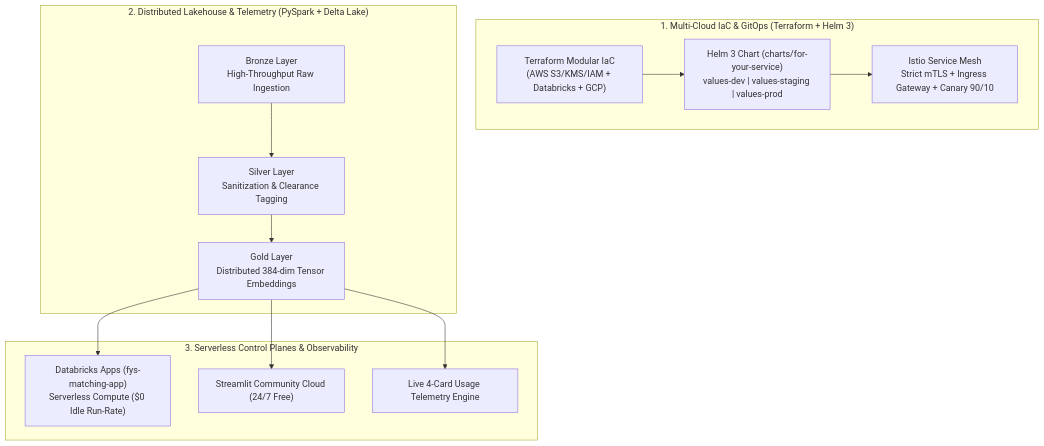
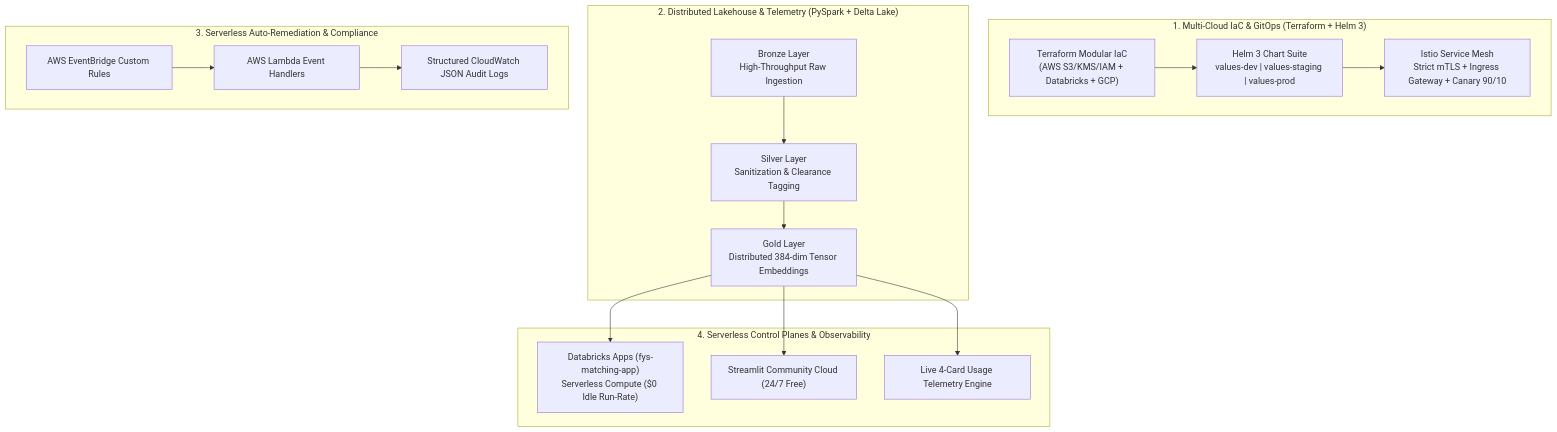
The diagram in README.md (FreeFades2Black/FreeFades2Black), drawn with Mermaid before and after one commit. The commit also changed other lines of this file, not shown here.

Commit message:
docs: feature all 5 flagship architectures (GitOps, Lakehouse, Auto-Remediation, Resume Pipeline, Omarchy Bootstrap)

````diff
--- a/README.md
+++ b/README.md
@@ -17,23 +17,30 @@
 ```mermaid
 flowchart TD
     subgraph MultiCloudIaC ["1. Multi-Cloud IaC & GitOps (Terraform + Helm 3)"]
         TF["Terraform Modular IaC<br/>(AWS S3/KMS/IAM + Databricks + GCP)"]
-        Helm["Helm 3 Chart (charts/for-your-service)<br/>values-dev | values-staging | values-prod"]
+        Helm["Helm 3 Chart Suite<br/>values-dev | values-staging | values-prod"]
         Istio["Istio Service Mesh<br/>Strict mTLS + Ingress Gateway + Canary 90/10"]
         TF --> Helm --> Istio
     end
 
     subgraph LakehouseEngine ["2. Distributed Lakehouse & Telemetry (PySpark + Delta Lake)"]
         Bronze["Bronze Layer<br/>High-Throughput Raw Ingestion"]
         Silver["Silver Layer<br/>Sanitization & Clearance Tagging"]
         Gold["Gold Layer<br/>Distributed 384-dim Tensor Embeddings"]
         Bronze --> Silver --> Gold
     end
 
-    subgraph ControlPlanes ["3. Serverless Control Planes & Observability"]
+    subgraph RemediationEngine ["3. Serverless Auto-Remediation & Compliance"]
+        EventBridge["AWS EventBridge Custom Rules"]
+        Lambda["AWS Lambda Event Handlers"]
+        Audit["Structured CloudWatch JSON Audit Logs"]
+        EventBridge --> Lambda --> Audit
+    end
+
+    subgraph ControlPlanes ["4. Serverless Control Planes & Observability"]
         DBX["Databricks Apps (fys-matching-app)<br/>Serverless Compute ($0 Idle Run-Rate)"]
         Streamlit["Streamlit Community Cloud (24/7 Free)"]
         Metrics["Live 4-Card Usage Telemetry Engine"]
         Gold --> DBX & Streamlit & Metrics
     end
 ```
````
